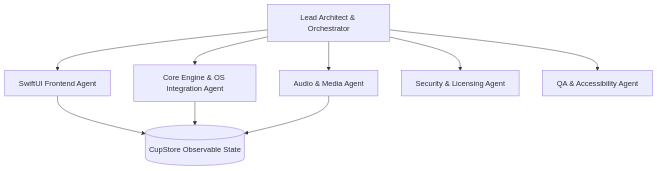
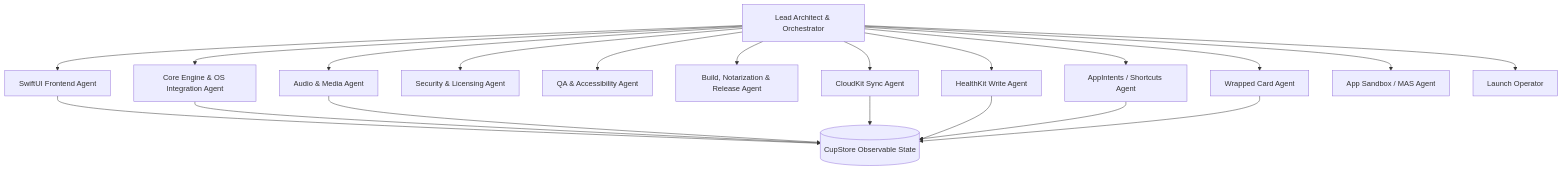
The diagram in AGENTS.md (Bharath-code/caffeinebar), drawn with Mermaid before and after one commit. The commit also changed other lines of this file and 7 other files, not shown here.

````diff
--- a/AGENTS.md
+++ b/AGENTS.md
@@ -10,12 +27,31 @@
 ```mermaid
 graph TD
-    Orchestrator[Lead Architect & Orchestrator] --> UI_Agent[SwiftUI Frontend Agent]
+    Orchestrator[Lead Architect & Orchestrator]
+
+    %% MVP build agents
+    Orchestrator --> UI_Agent[SwiftUI Frontend Agent]
     Orchestrator --> Engine_Agent[Core Engine & OS Integration Agent]
     Orchestrator --> Audio_Agent[Audio & Media Agent]
     Orchestrator --> License_Agent[Security & Licensing Agent]
     Orchestrator --> QA_Agent[QA & Accessibility Agent]
-    
+    Orchestrator --> Build_Agent[Build, Notarization & Release Agent]
+
+    %% Ultra-tier agents (post-MVP)
+    Orchestrator --> Cloud_Agent[CloudKit Sync Agent]
+    Orchestrator --> Health_Agent[HealthKit Write Agent]
+    Orchestrator --> Intents_Agent[AppIntents / Shortcuts Agent]
+    Orchestrator --> Wrapped_Agent[Wrapped Card Agent]
+    Orchestrator --> Sandbox_Agent[App Sandbox / MAS Agent]
+
+    %% Launch program operator
+    Orchestrator --> Launch_Operator[Launch Operator]
+
+    %% Shared state
     UI_Agent --> SharedState[(CupStore Observable State)]
     Engine_Agent --> SharedState
     Audio_Agent --> SharedState
+    Cloud_Agent --> SharedState
+    Health_Agent --> SharedState
+    Intents_Agent --> SharedState
+    Wrapped_Agent --> SharedState
 ```
````
